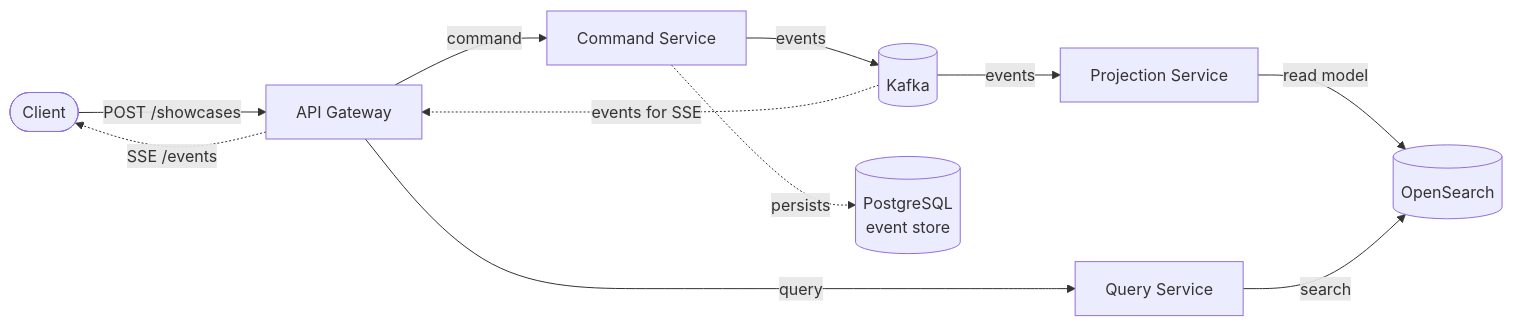
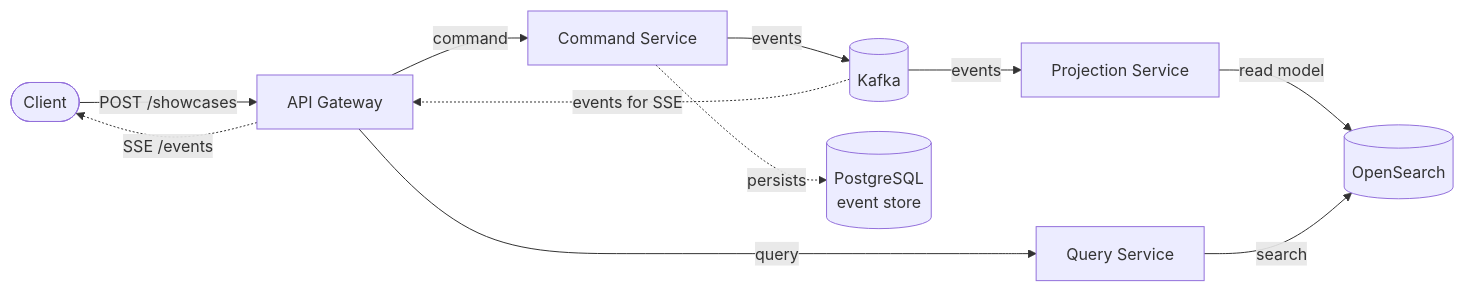
Before and after one commit to aanbrn/axon-showcase: the second of 3 diagrams in README.md, drawn with Mermaid. The commit also changed other lines of this file, not shown here.

First line of the commit message:
Fit the Mermaid diagrams clear of GitHub's toolbar

````diff
--- a/README.md
+++ b/README.md
@@ -119,22 +117,23 @@
 ```mermaid
+%%{init: {"flowchart": {"nodeSpacing": 30, "rankSpacing": 40, "diagramPadding": 230}}}%%
 flowchart LR
     Client([Client])
     GW[API Gateway]
     CS[Command Service]
     Kafka[(Kafka)]
     PS[Projection Service]
     OS[(OpenSearch)]
     PG[(PostgreSQL<br/>event store)]
     QS[Query Service]
 
     Client -->|"POST /showcases"| GW
     GW -->|command| CS
     CS -->|events| Kafka
     CS -.->|persists| PG
     Kafka -->|events| PS
     Kafka -.->|"events for SSE"| GW
     PS -->|"read model"| OS
     GW -->|query| QS
     QS -->|search| OS
     GW -.->|"SSE /events"| Client
 ```
````
